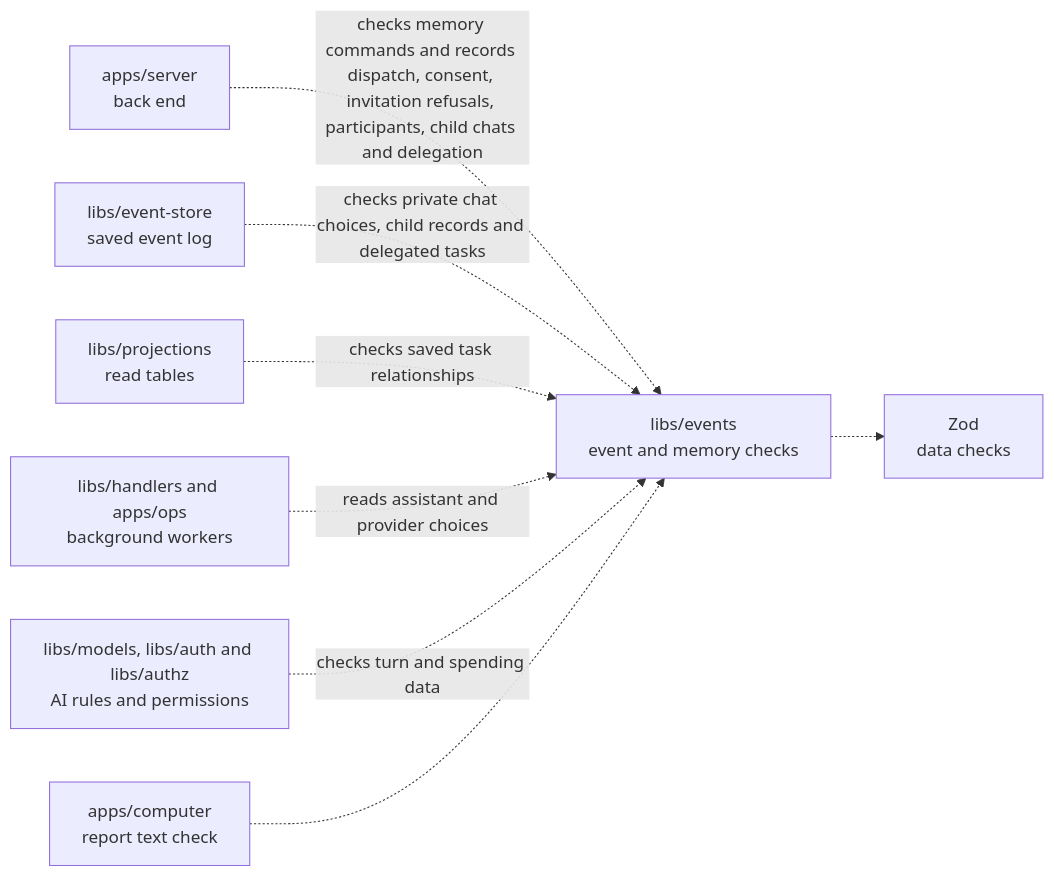
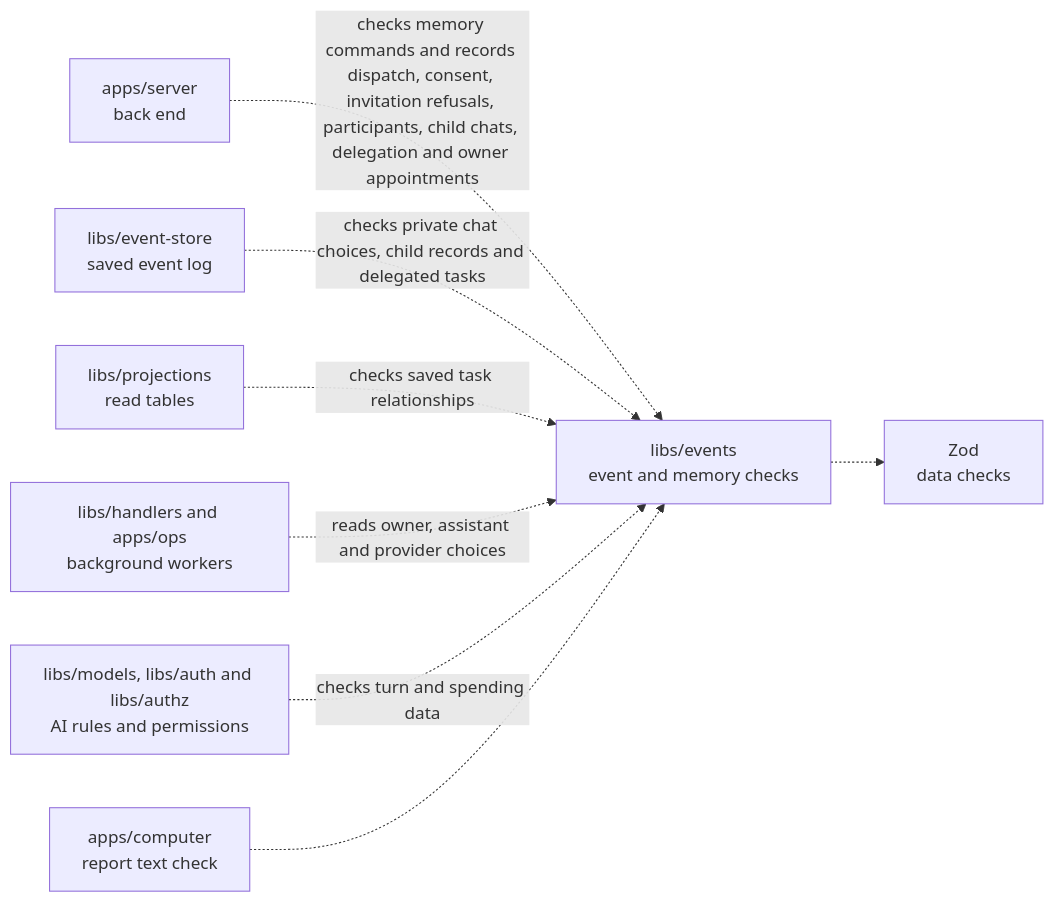
Before and after one commit to elewa-git/opencrane-new: the diagram in libs/events/README.md, drawn with Mermaid. The commit also changed other lines of this file and 41 other files, not shown here.

First line of the commit message:
🛡️ Owner appointments are confirmed before ownership is granted (#321)

````diff
--- a/libs/events/README.md
+++ b/libs/events/README.md
@@ -23,10 +23,10 @@
 ```mermaid
 flowchart LR
-  server["apps/server<br/>back end"] -.->|checks memory commands and records dispatch, consent, invitation refusals, participants, child chats and delegation| events["libs/events<br/>event and memory checks"]
+  server["apps/server<br/>back end"] -.->|checks memory commands and records dispatch, consent, invitation refusals, participants, child chats, delegation and owner appointments| events["libs/events<br/>event and memory checks"]
   store["libs/event-store<br/>saved event log"] -.->|checks private chat choices, child records and delegated tasks| events
   projections["libs/projections<br/>read tables"] -.->|checks saved task relationships| events
-  workers["libs/handlers and apps/ops<br/>background workers"] -.->|reads assistant and provider choices| events
+  workers["libs/handlers and apps/ops<br/>background workers"] -.->|reads owner, assistant and provider choices| events
   others["libs/models, libs/auth and libs/authz<br/>AI rules and permissions"] -.->|checks turn and spending data| events
   computer["apps/computer<br/>report text check"] -.-> events
   events -.-> zod["Zod<br/>data checks"]
 ```
````
